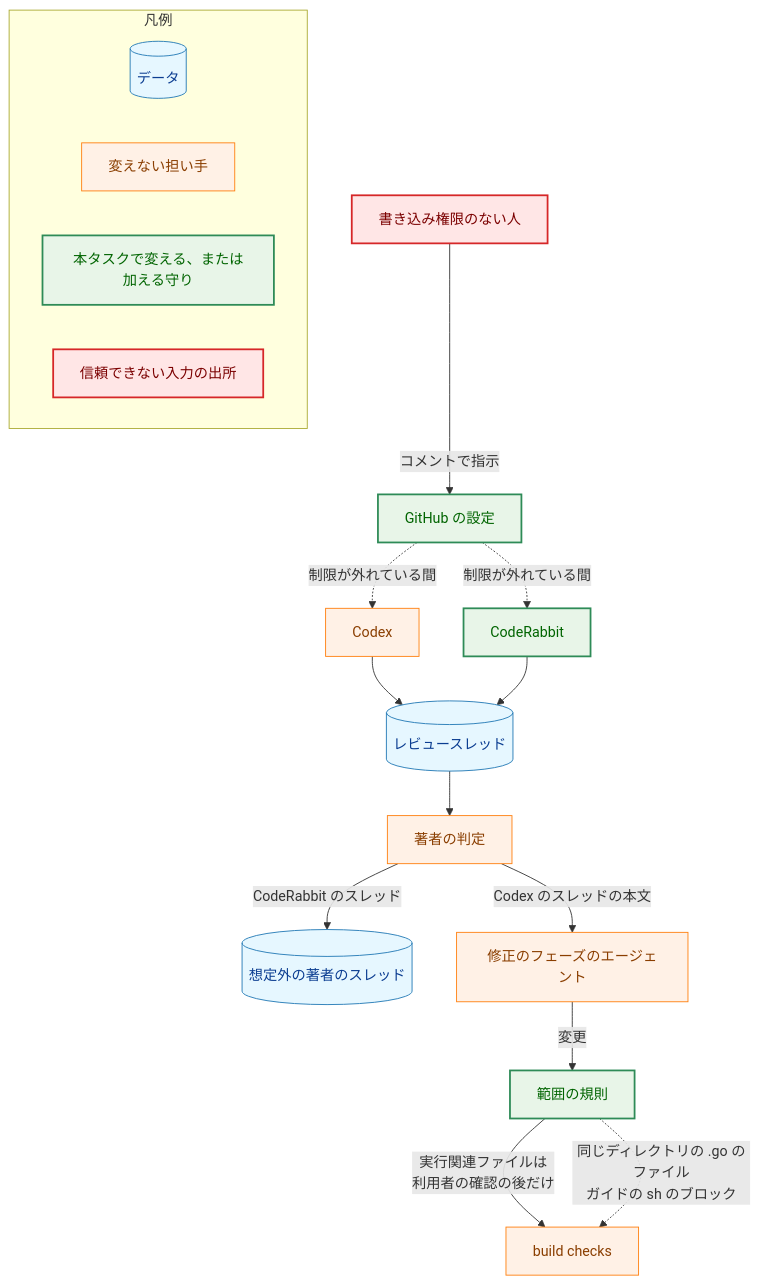
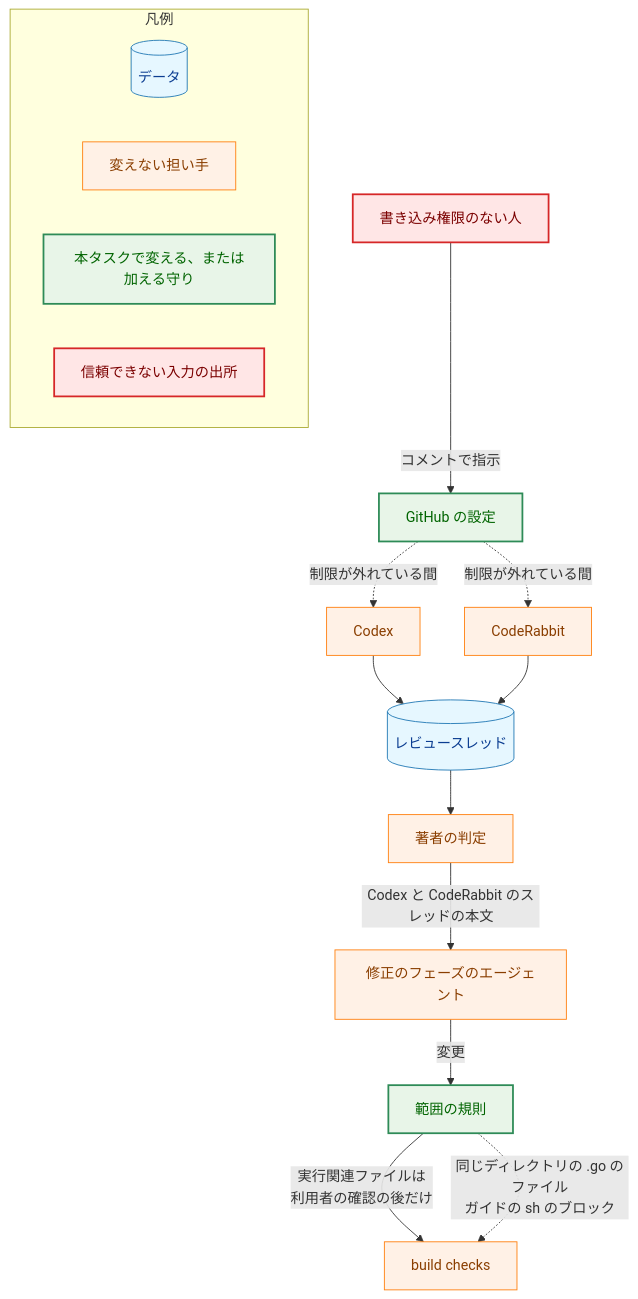
The first of 5 diagrams in docs/tasks/0057_reviewer_relay_guard/02_architecture.md (isseis/yt2column), drawn with Mermaid before and after one commit. The commit also changed other lines of this file and 2 other files, not shown here.

````diff
--- a/docs/tasks/0057_reviewer_relay_guard/02_architecture.md
+++ b/docs/tasks/0057_reviewer_relay_guard/02_architecture.md
@@ -110,46 +110,44 @@
 ```mermaid
 flowchart TD
     classDef data fill:#e6f7ff,stroke:#1f77b4,stroke-width:1px,color:#0b3d91;
     classDef process fill:#fff1e6,stroke:#ff7f0e,stroke-width:1px,color:#8a3e00;
     classDef enhanced fill:#e8f5e8,stroke:#2e8b57,stroke-width:2px,color:#006400;
     classDef problem fill:#ffe6e6,stroke:#d62728,stroke-width:2px,color:#7b0000;
 
     EXT["書き込み権限のない人"]
     GHS["GitHub の設定"]
     CDX["Codex"]
     CR["CodeRabbit"]
     TH[("レビュースレッド")]
     TRUST["著者の判定"]
-    UT[("想定外の著者のスレッド")]
     AG["修正のフェーズのエージェント"]
     SCOPE["範囲の規則"]
     MK["build checks"]
 
     EXT -->|"コメントで指示"| GHS
     GHS -.->|"制限が外れている間"| CDX
     GHS -.->|"制限が外れている間"| CR
     CDX --> TH
     CR --> TH
     TH --> TRUST
-    TRUST -->|"Codex のスレッドの本文"| AG
-    TRUST -->|"CodeRabbit のスレッド"| UT
+    TRUST -->|"Codex と CodeRabbit のスレッドの本文"| AG
     AG -->|"変更"| SCOPE
     SCOPE -->|"実行関連ファイルは<br>利用者の確認の後だけ"| MK
     SCOPE -.->|"同じディレクトリの .go のファイル<br>ガイドの sh のブロック"| MK
 
     class EXT problem
-    class CDX,AG,MK,TRUST process
-    class TH,UT data
-    class GHS,CR,SCOPE enhanced
+    class CDX,CR,AG,MK,TRUST process
+    class TH data
+    class GHS,SCOPE enhanced
 
     subgraph Legend["凡例"]
         LG1[("データ")]
         LG2["変えない担い手"]
         LG3["本タスクで変える、または加える守り"]
         LG4["信頼できない入力の出所"]
     end
     class LG1 data
     class LG2 process
     class LG3 enhanced
     class LG4 problem
 ```
````
